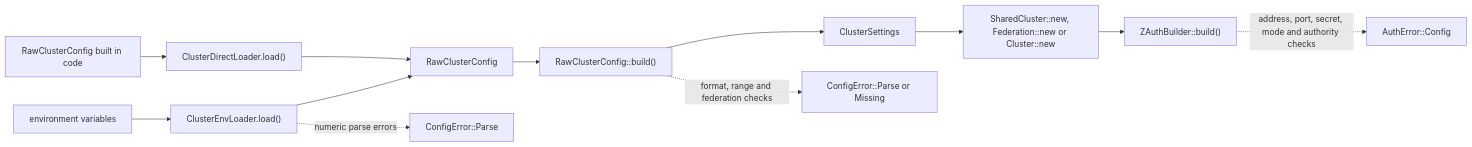
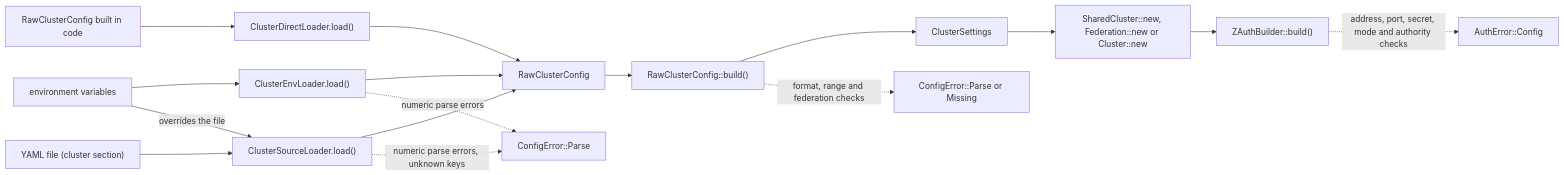
The first of 2 diagrams in adapters/cluster/docs/configuration.md (eugenezimin/auth-lib), drawn with Mermaid before and after one commit. The commit also changed other lines of this file and 12 other files, not shown here.

````diff
--- a/adapters/cluster/docs/configuration.md
+++ b/adapters/cluster/docs/configuration.md
@@ -9,14 +9,18 @@
 ```mermaid
 flowchart LR
     ENV["environment variables"] --> EL["ClusterEnvLoader.load()"]
+    FILE["YAML file (cluster section)"] --> SL["ClusterSourceLoader.load()"]
+    ENV -->|"overrides the file"| SL
     CODE["RawClusterConfig built in code"] --> DL["ClusterDirectLoader.load()"]
     EL --> RAW["RawClusterConfig"]
+    SL --> RAW
     DL --> RAW
     RAW --> BUILD["RawClusterConfig::build()"]
     BUILD --> SET["ClusterSettings"]
     SET --> EXT["SharedCluster::new, Federation::new or Cluster::new"]
     EXT --> ZB["ZAuthBuilder::build()"]
     EL -.->|"numeric parse errors"| E1["ConfigError::Parse"]
+    SL -.->|"numeric parse errors, unknown keys"| E1
     BUILD -.->|"format, range and federation checks"| E2["ConfigError::Parse or Missing"]
     ZB -.->|"address, port, secret, mode and authority checks"| E3["AuthError::Config"]
 ```
````
